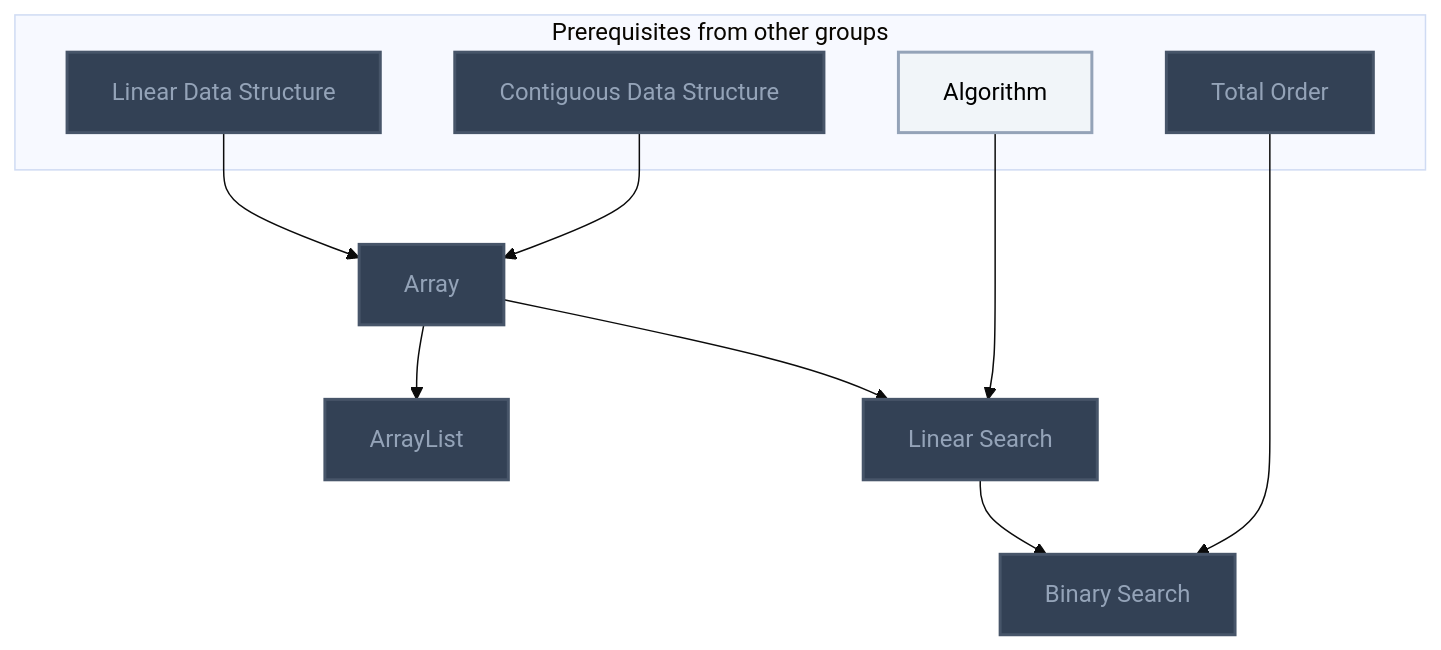
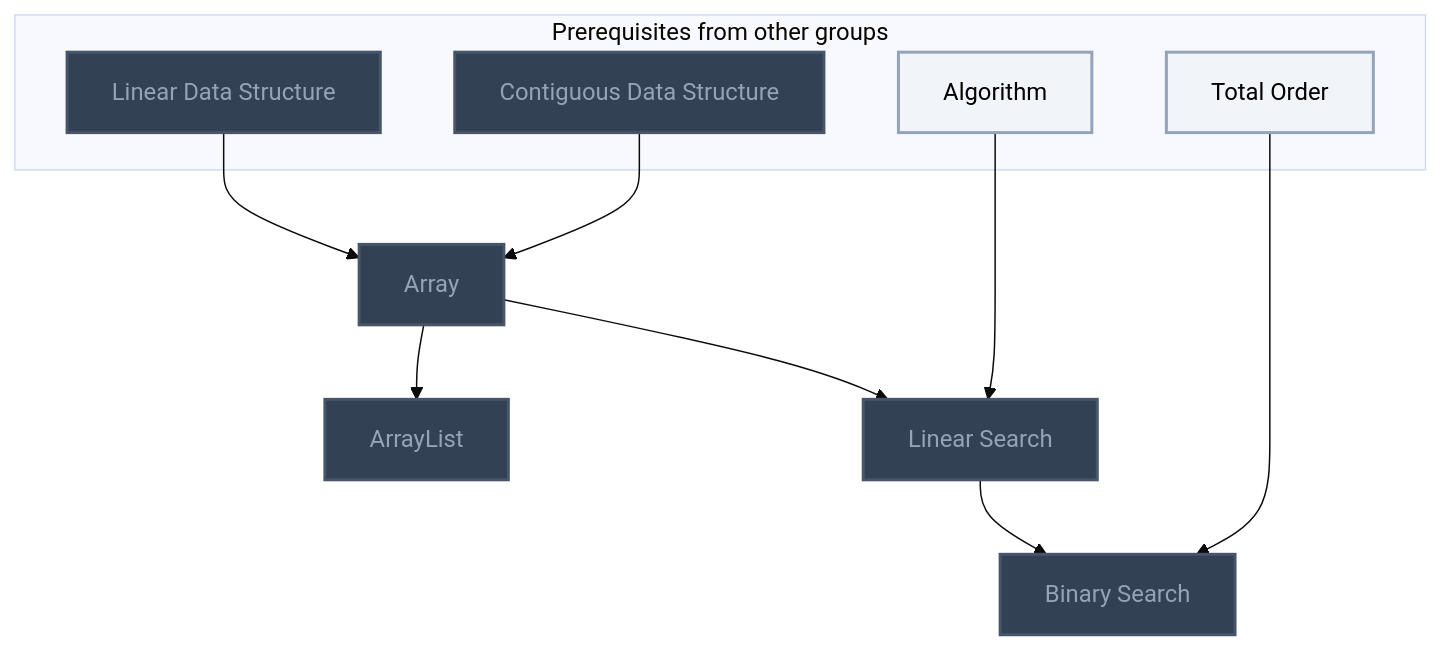
One commit to MRauf1/My-Notes changed the second of 17 diagrams in Gamification/Skill Trees/Data Structures and Algorithms.md. Above: the diagram before and after it, drawn with Mermaid (base theme). The commit also changed other lines of this file and 62 other files, not shown here.

````diff
--- a/Gamification/Skill Trees/Data Structures and Algorithms.md
+++ b/Gamification/Skill Trees/Data Structures and Algorithms.md
@@ -49,32 +52,32 @@
 ```mermaid
 flowchart TD
     classDef planned fill:#1E293B,stroke:#64748B,stroke-width:2px,stroke-dasharray:5 5,color:#94A3B8;
     classDef locked fill:#334155,stroke:#475569,stroke-width:2px,color:#94A3B8;
     classDef L0 fill:#F1F5F9,stroke:#94A3B8,stroke-width:2px,color:#000000;
     classDef L1 fill:#22C55E,stroke:#15803D,stroke-width:2px,color:#000000;
     classDef L2 fill:#3B82F6,stroke:#1D4ED8,stroke-width:3px,color:#FFFFFF;
     classDef L3 fill:#A855F7,stroke:#6B21A8,stroke-width:3px,color:#FFFFFF,font-weight:bold;
     classDef L4 fill:#F97316,stroke:#C2410C,stroke-width:4px,color:#000000,font-weight:bold;
     classDef L5 fill:#FFD700,stroke:#FF8C00,stroke-width:5px,color:#000000,font-weight:bold;
     classDef rusty stroke:#8B4513,stroke-width:4px,stroke-dasharray:3 3;
     subgraph sg_prereqs["Prerequisites from other groups"]
         n_linear_data_structure["Linear Data Structure"]
         n_contiguous_data_structure["Contiguous Data Structure"]
         n_algorithm["Algorithm"]
         n_total_order["Total Order"]
     end
     n_array["Array"]
     n_arraylist["ArrayList"]
     n_linear_search["Linear Search"]
     n_binary_search["Binary Search"]
     n_linear_data_structure --> n_array
     n_contiguous_data_structure --> n_array
     n_array --> n_arraylist
     n_array --> n_linear_search
     n_algorithm --> n_linear_search
     n_linear_search --> n_binary_search
     n_total_order --> n_binary_search
-    class n_linear_data_structure,n_contiguous_data_structure,n_total_order,n_array,n_arraylist,n_linear_search,n_binary_search locked;
-    class n_algorithm L0;
+    class n_linear_data_structure,n_contiguous_data_structure,n_array,n_arraylist,n_linear_search,n_binary_search locked;
+    class n_algorithm,n_total_order L0;
     class n_linear_data_structure,n_contiguous_data_structure,n_algorithm,n_total_order,n_array,n_arraylist,n_linear_search,n_binary_search internal-link;
 ```
````
